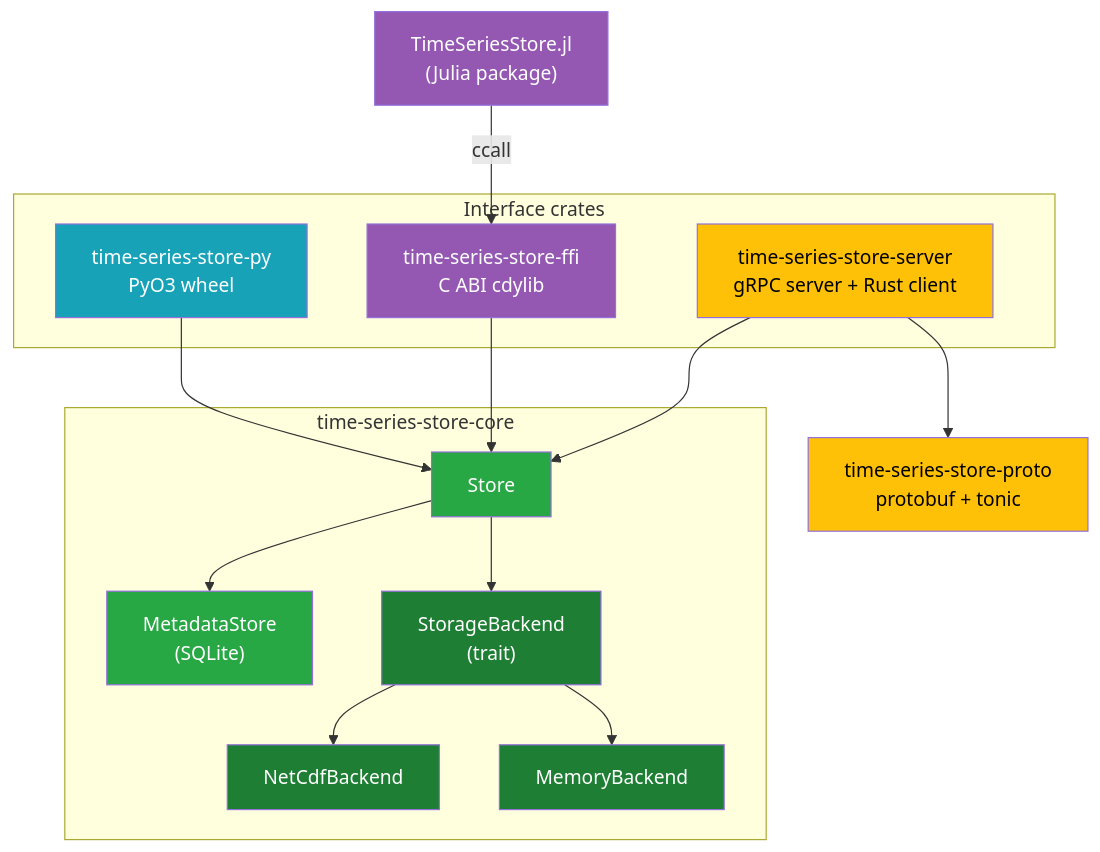
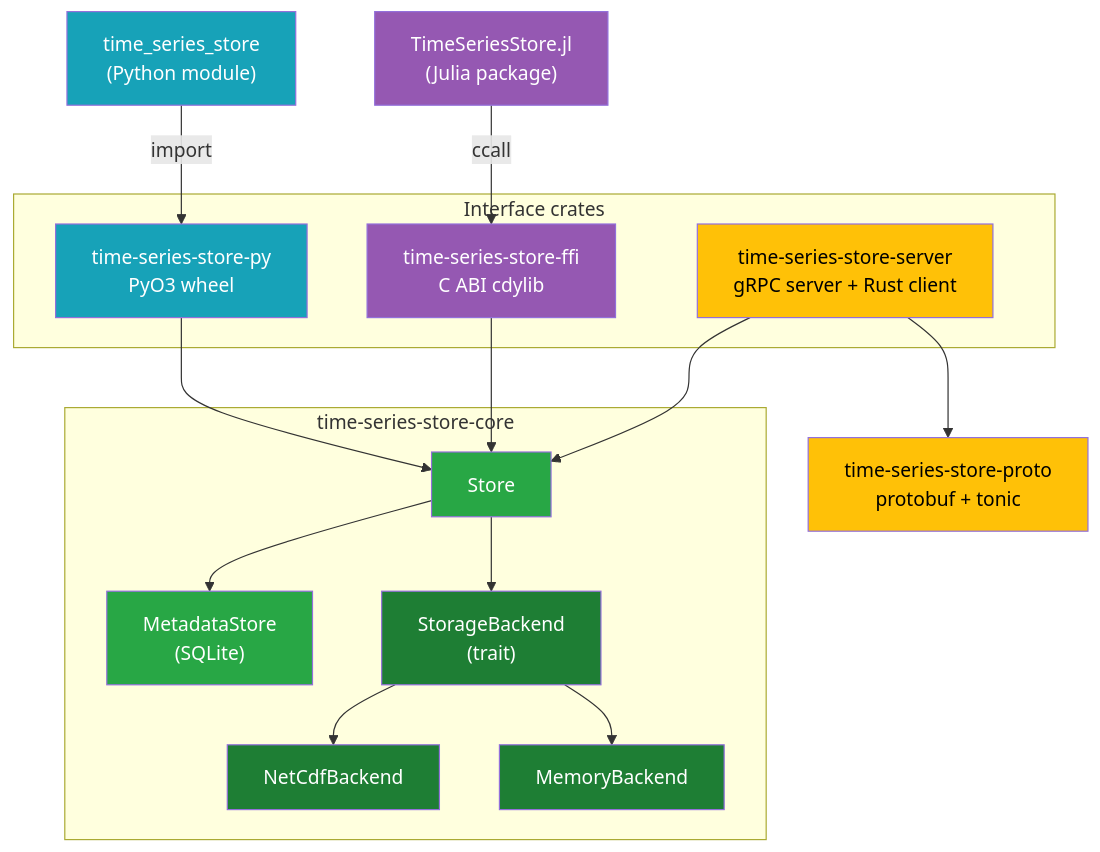
One commit to NatLabRockies/infrastore changed the first of 3 diagrams in docs/src/explanation/architecture.md. Above: the diagram before and after it, drawn with Mermaid. The commit also changed other lines of this file and 22 other files, not shown here.

````diff
--- a/docs/src/explanation/architecture.md
+++ b/docs/src/explanation/architecture.md
@@ -10,40 +10,43 @@
 ```mermaid
 flowchart TB
     subgraph ifaces["Interface crates"]
         PY["time-series-store-py<br/>PyO3 wheel"]
         FFI["time-series-store-ffi<br/>C ABI cdylib"]
         SRV["time-series-store-server<br/>gRPC server + Rust client"]
     end
 
+    PYMOD["time_series_store<br/>(Python module)"]
     JL["TimeSeriesStore.jl<br/>(Julia package)"]
     PROTO["time-series-store-proto<br/>protobuf + tonic"]
 
     subgraph core["time-series-store-core"]
         STORE["Store"]
         META["MetadataStore<br/>(SQLite)"]
         BACK["StorageBackend<br/>(trait)"]
         NC["NetCdfBackend"]
         MEM["MemoryBackend"]
         STORE --> META
         STORE --> BACK
         BACK --> NC
         BACK --> MEM
     end
 
     PY --> STORE
     FFI --> STORE
     SRV --> STORE
+    PYMOD -->|"import"| PY
     JL -->|"ccall"| FFI
     SRV --> PROTO
 
     style STORE fill:#28a745,color:#fff
     style META fill:#28a745,color:#fff
     style BACK fill:#1e7e34,color:#fff
     style NC fill:#1e7e34,color:#fff
     style MEM fill:#1e7e34,color:#fff
     style PY fill:#17a2b8,color:#fff
+    style PYMOD fill:#17a2b8,color:#fff
     style FFI fill:#9558b2,color:#fff
     style JL fill:#9558b2,color:#fff
     style SRV fill:#ffc107,color:#000
     style PROTO fill:#ffc107,color:#000
 ```
````
